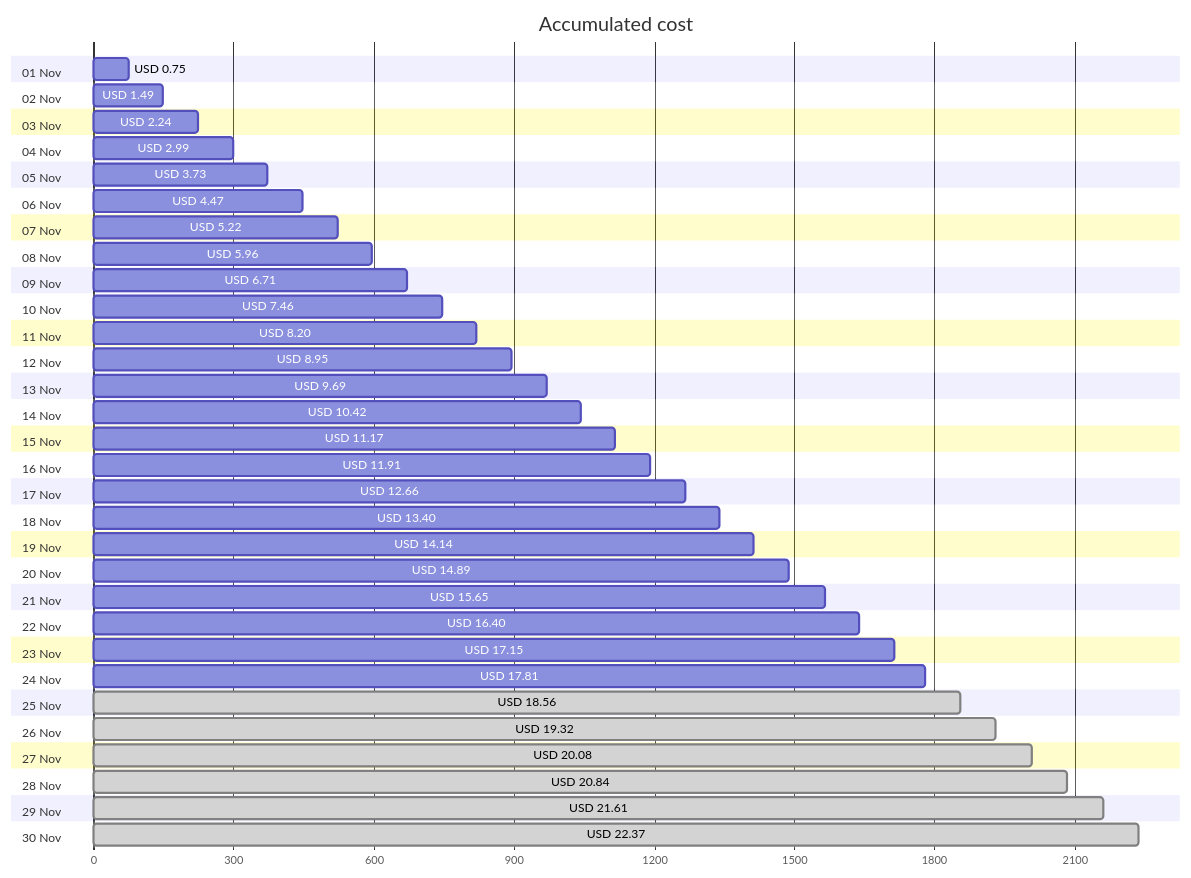
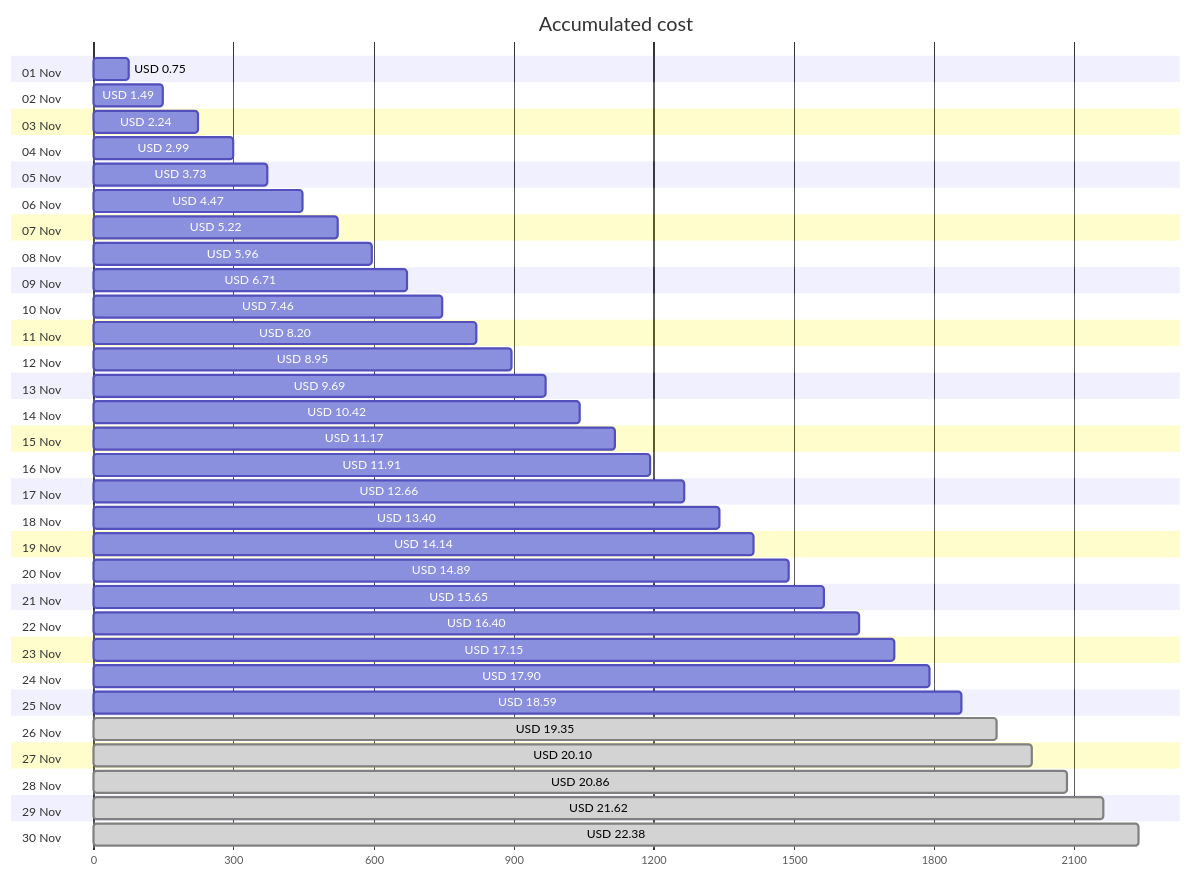
One commit to jpfulton/azure-personal-reports changed the first of 4 diagrams in cost-reports/personal-network/backup-server-data-disk.md. Above: the diagram before and after it, drawn with Mermaid. The commit also changed other lines of this file and 8 other files, not shown here.

````diff
--- a/cost-reports/personal-network/backup-server-data-disk.md
+++ b/cost-reports/personal-network/backup-server-data-disk.md
@@ -20,66 +20,66 @@
 ```mermaid
 gantt
    title Accumulated cost
    dateFormat  X
    axisFormat %s
    section 01 Nov
    USD 0.75 :0, 75
    section 02 Nov
    USD 1.49 :0, 149
    section 03 Nov
    USD 2.24 :0, 224
    section 04 Nov
    USD 2.99 :0, 299
    section 05 Nov
    USD 3.73 :0, 373
    section 06 Nov
    USD 4.47 :0, 447
    section 07 Nov
    USD 5.22 :0, 522
    section 08 Nov
    USD 5.96 :0, 596
    section 09 Nov
    USD 6.71 :0, 671
    section 10 Nov
    USD 7.46 :0, 746
    section 11 Nov
    USD 8.20 :0, 820
    section 12 Nov
    USD 8.95 :0, 895
    section 13 Nov
    USD 9.69 :0, 969
    section 14 Nov
    USD 10.42 :0, 1042
    section 15 Nov
    USD 11.17 :0, 1117
    section 16 Nov
    USD 11.91 :0, 1191
    section 17 Nov
    USD 12.66 :0, 1266
    section 18 Nov
    USD 13.40 :0, 1340
    section 19 Nov
    USD 14.14 :0, 1414
    section 20 Nov
    USD 14.89 :0, 1489
    section 21 Nov
    USD 15.65 :0, 1565
    section 22 Nov
    USD 16.40 :0, 1640
    section 23 Nov
    USD 17.15 :0, 1715
    section 24 Nov
-   USD 17.81 :0, 1781
+   USD 17.90 :0, 1790
    section 25 Nov
-   USD 18.56 : done, 0, 1856
+   USD 18.59 :0, 1859
    section 26 Nov
-   USD 19.32 : done, 0, 1932
+   USD 19.35 : done, 0, 1935
    section 27 Nov
-   USD 20.08 : done, 0, 2008
+   USD 20.10 : done, 0, 2010
    section 28 Nov
-   USD 20.84 : done, 0, 2084
+   USD 20.86 : done, 0, 2086
    section 29 Nov
-   USD 21.61 : done, 0, 2161
+   USD 21.62 : done, 0, 2162
    section 30 Nov
-   USD 22.37 : done, 0, 2237
+   USD 22.38 : done, 0, 2238
 ```
````
